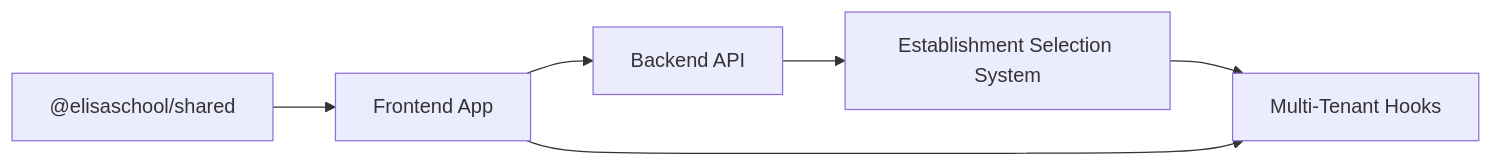
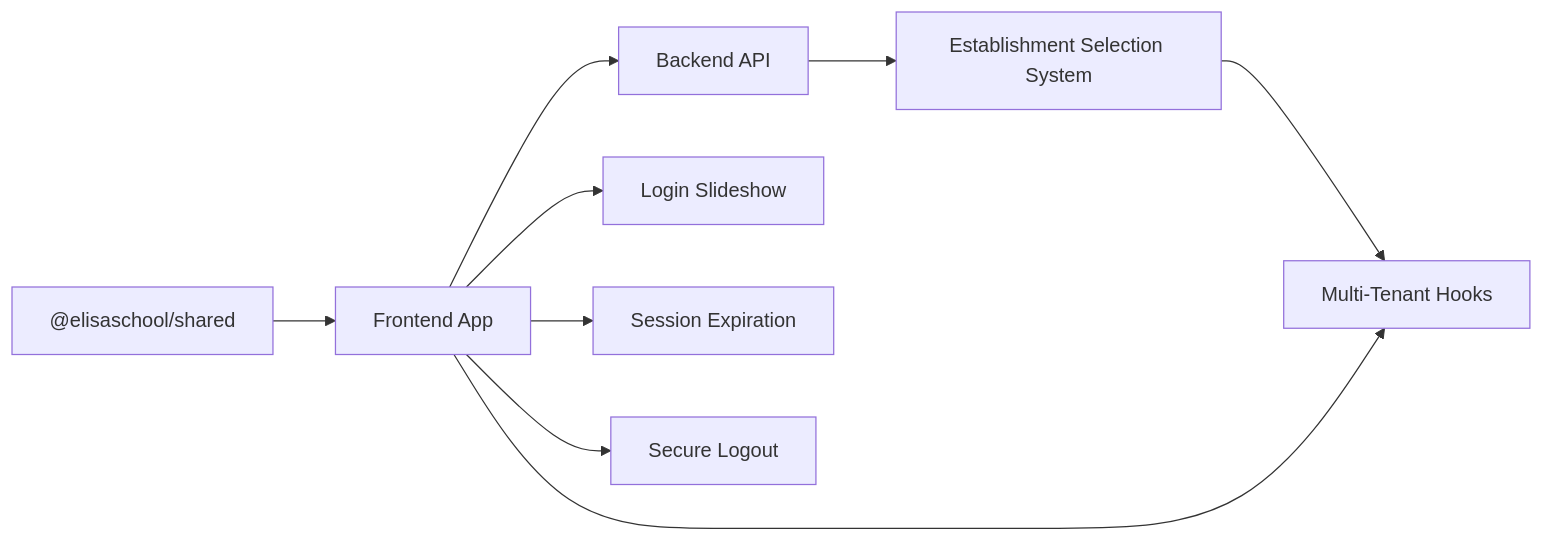
Diagram 15 of 15 in .qoder/repowiki/en/content/Frontend & PWA Implementation/Frontend & PWA Implementation.md (franckylab/eLISAschool), drawn with Mermaid before and after one commit. The commit also changed other lines of this file and 53 other files, not shown here.

````diff
--- a/.qoder/repowiki/en/content/Frontend & PWA Implementation/Frontend & PWA Implementation.md
+++ b/.qoder/repowiki/en/content/Frontend & PWA Implementation/Frontend & PWA Implementation.md
@@ -481,13 +568,19 @@
 ```mermaid
 graph LR
 Shared["@elisaschool/shared"]
 Frontend["Frontend App"]
 Backend["Backend API"]
 EstablishmentSelection["Establishment Selection System"]
 MultiTenant["Multi-Tenant Hooks"]
+LoginSlideshow["Login Slideshow"]
+SessionExpired["Session Expiration"]
+SecureLogout["Secure Logout"]
 Backend --> EstablishmentSelection
 EstablishmentSelection --> MultiTenant
 Frontend --> Backend
 Frontend --> MultiTenant
+Frontend --> LoginSlideshow
+Frontend --> SessionExpired
+Frontend --> SecureLogout
 Shared --> Frontend
 ```
````
